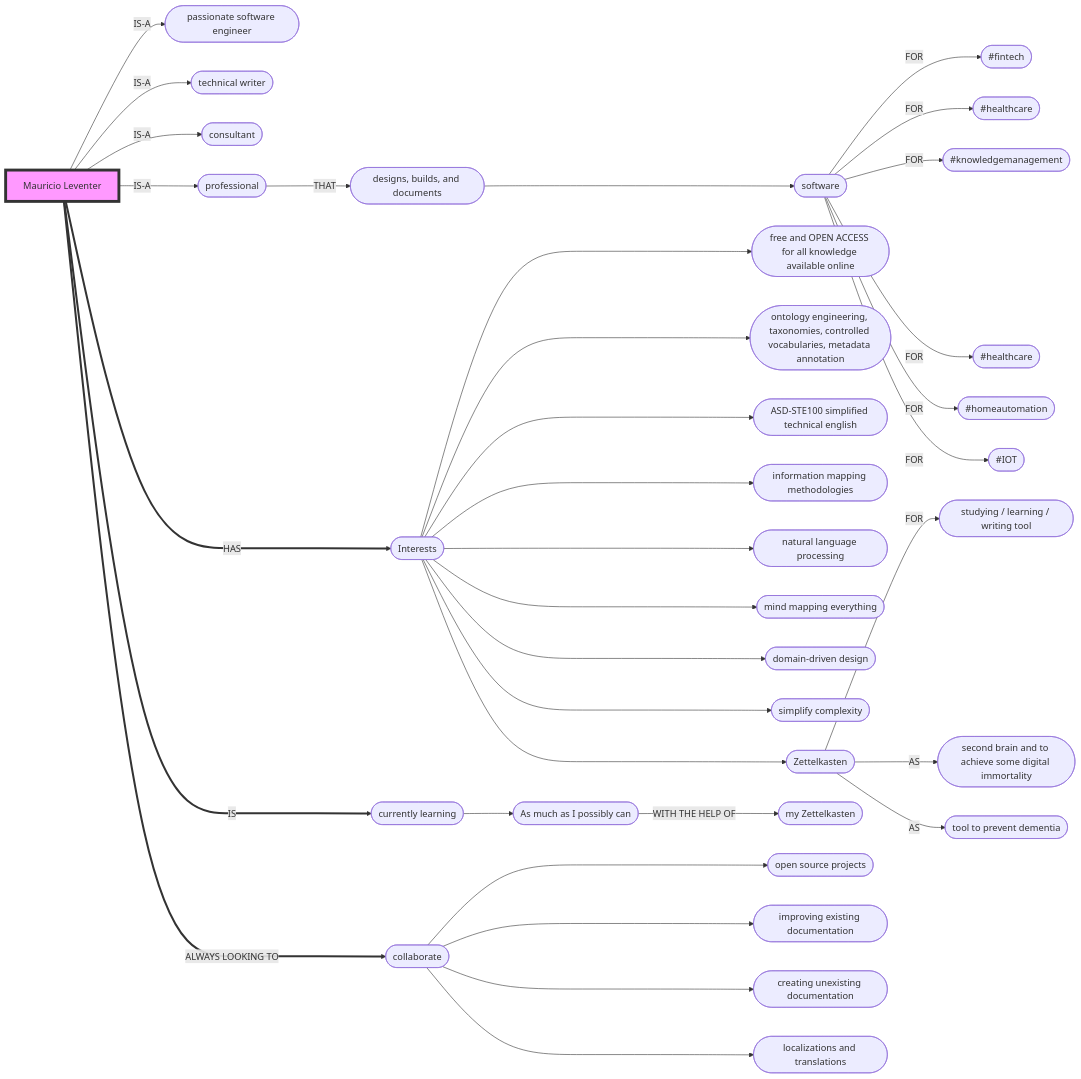
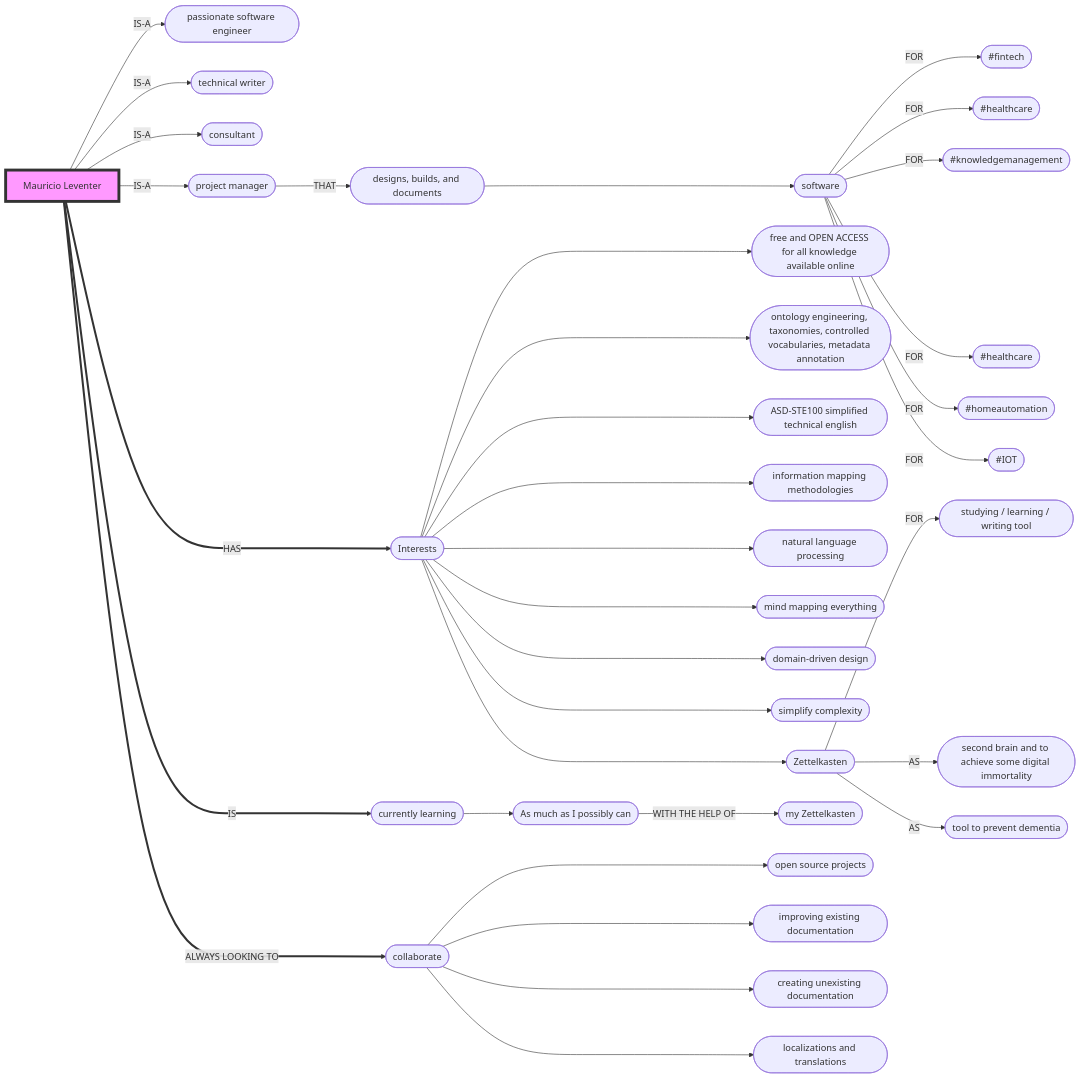
Before and after one commit to mleventer/mleventer: the diagram in README.md, drawn with Mermaid.

Commit message:
Change role from 'professional' to 'project manager'

````diff
--- a/README.md
+++ b/README.md
@@ -18,37 +18,37 @@
 ```mermaid
 flowchart LR
     A[Mauricio Leventer] -->|IS-A| A2([passionate software engineer])
     A -->|IS-A| A3([technical writer])
     A -->|IS-A| A4([consultant])
-    A -->|IS-A| AA([professional])
+    A -->|IS-A| AA([project manager])
     AA -->|THAT| A5([designs, builds, and documents])
     A5 ---> A6([software])
     A6 -->|FOR| A7([#fintech])
     A6 -->|FOR| A8([#healthcare])
     A6 -->|FOR| A9([#knowledgemanagement])
     A6 -->|FOR| A10([#healthcare])
     A6 -->|FOR| A11([#homeautomation])
     A6 -->|FOR| A12([#IOT])    
     A ===>|HAS| B([Interests])
     B ---> I1([free and OPEN ACCESS for all knowledge available online])
     B ---> I3([ontology engineering, taxonomies, controlled vocabularies, metadata annotation])
     B ---> I4([ASD-STE100 simplified technical english])
     B ---> I5([information mapping methodologies])
     B ---> I6([natural language processing])
     B ---> I7([mind mapping everything]) 
     B ---> I8([domain-driven design]) 
     B ---> I9([simplify complexity]) 
     B ---> J([Zettelkasten])
     J -->|FOR| J1([studying / learning / writing tool]) 
     J -->|AS| J2([second brain and to achieve some digital immortality]) 
     J -->|AS| J3([tool to prevent dementia])
     A ===>|IS| D([currently learning])
     D --> D1([As much as I possibly can])
     D1 -->|WITH THE HELP OF| D2([my Zettelkasten])
     A ===>|ALWAYS LOOKING TO|E([collaborate])
     E ---> E1([open source projects])
     E ---> E2([improving existing documentation])
     E ---> E3([creating unexisting documentation])
     E ---> E4([localizations and translations])
     style A fill:#f9f,stroke:#333,stroke-width:5px
 ```
````
